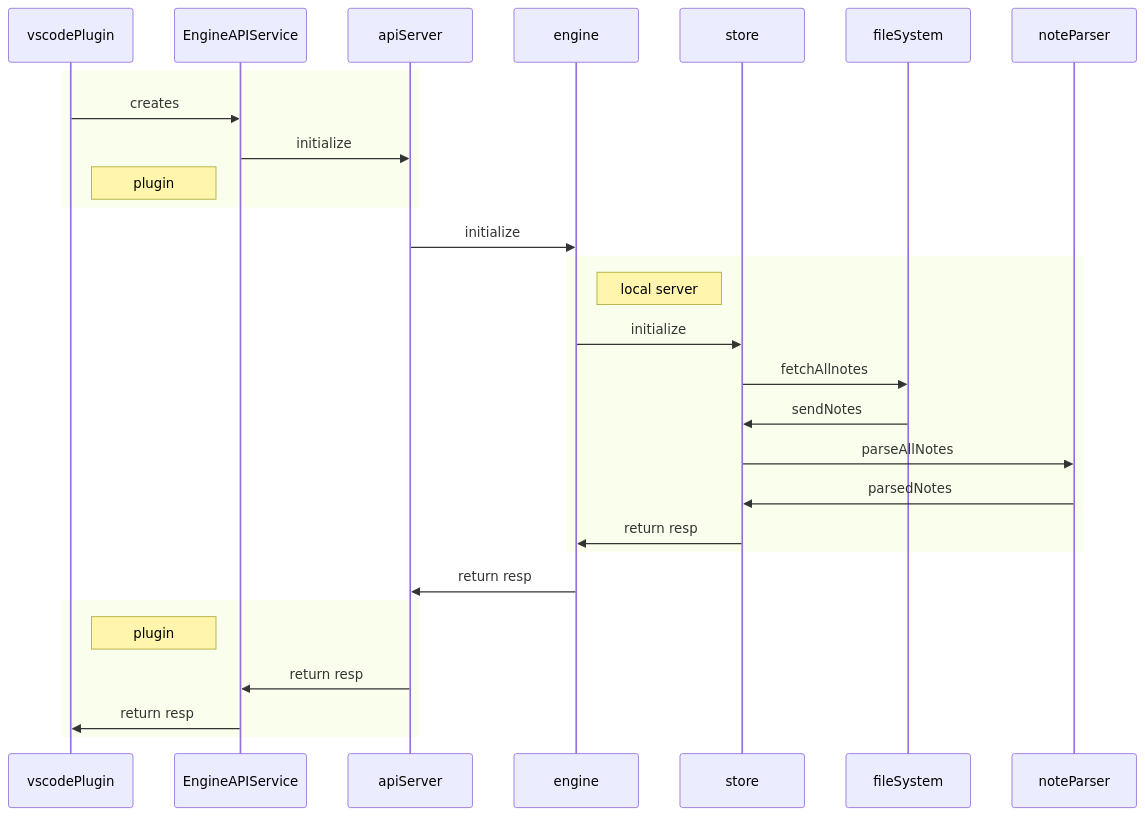
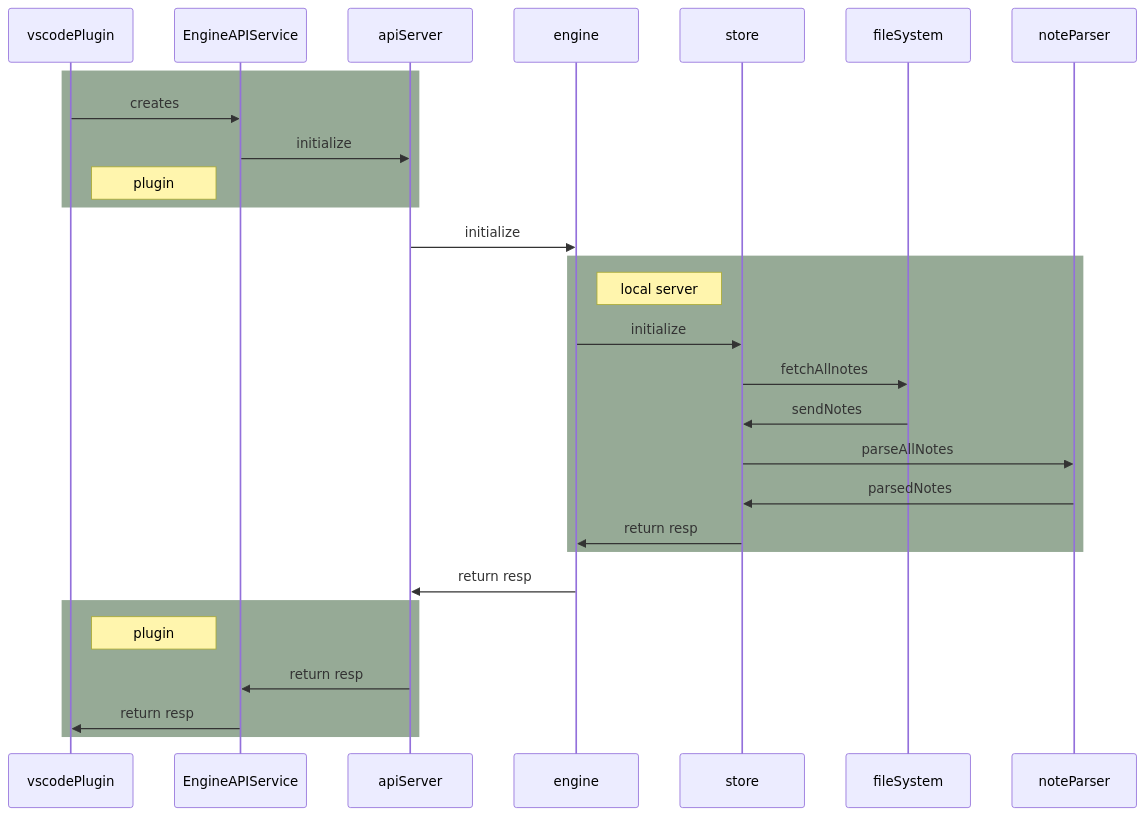
Before and after one commit to dendronhq/dendron-docs: the diagram in vault/pkg.dendron-engine.arch.lifecycle.md, drawn with Mermaid. The commit also changed other lines of this file, not shown here.

Commit message:
Fixing Mermaid Diagram Colors in dendron-engine.arch.lifecycle

````diff
--- a/vault/pkg.dendron-engine.arch.lifecycle.md
+++ b/vault/pkg.dendron-engine.arch.lifecycle.md
@@ -13,36 +13,36 @@
 ```mermaid
 sequenceDiagram
     participant vscodePlugin
     participant EngineAPIService
     participant apiServer
     participant engine
     participant store
     participant fileSystem
     participant noteParser
 
-    rect 
+    rect rgb(150, 170, 150)
     vscodePlugin->>EngineAPIService: creates
     EngineAPIService->>apiServer: initialize
     note right of vscodePlugin: plugin 
     end
 
     apiServer->>engine: initialize
 
-    rect 
+    rect rgb(150, 170, 150)
     note right of engine: local server
     engine->>store: initialize
     store->>fileSystem: fetchAllnotes
     fileSystem->>store: sendNotes;
     store->>noteParser: parseAllNotes
     noteParser->>store: parsedNotes
     store->>engine: return resp
     end
 
     engine->>apiServer: return resp
 
-    rect 
+    rect rgb(150, 170, 150)
     note right of vscodePlugin: plugin 
     apiServer->>EngineAPIService: return resp
     EngineAPIService->>vscodePlugin: return resp
     end
 ```
````
